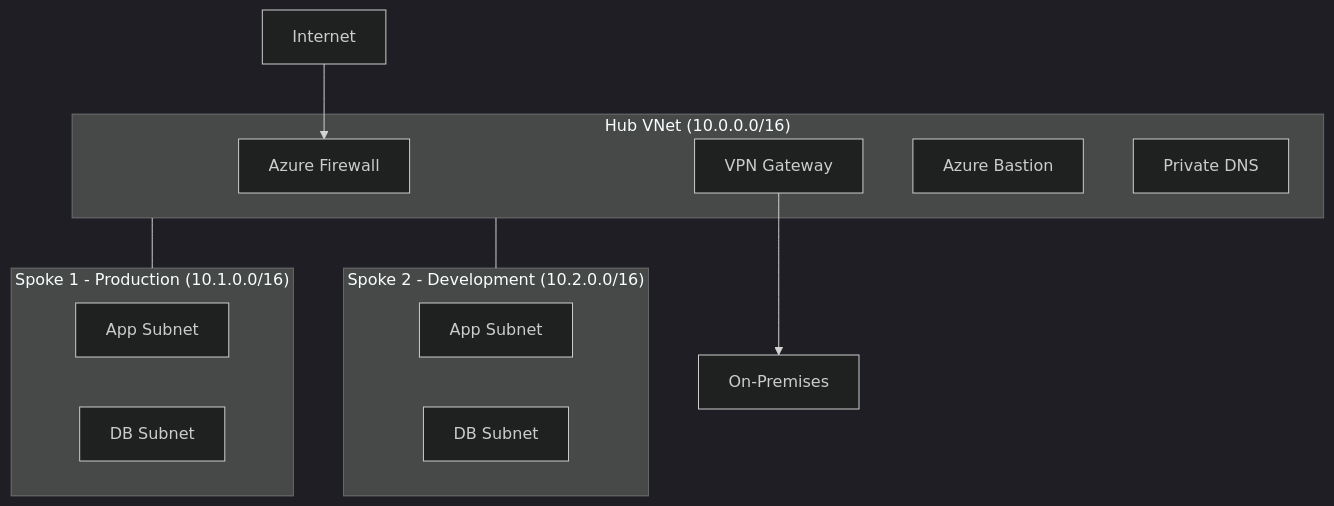
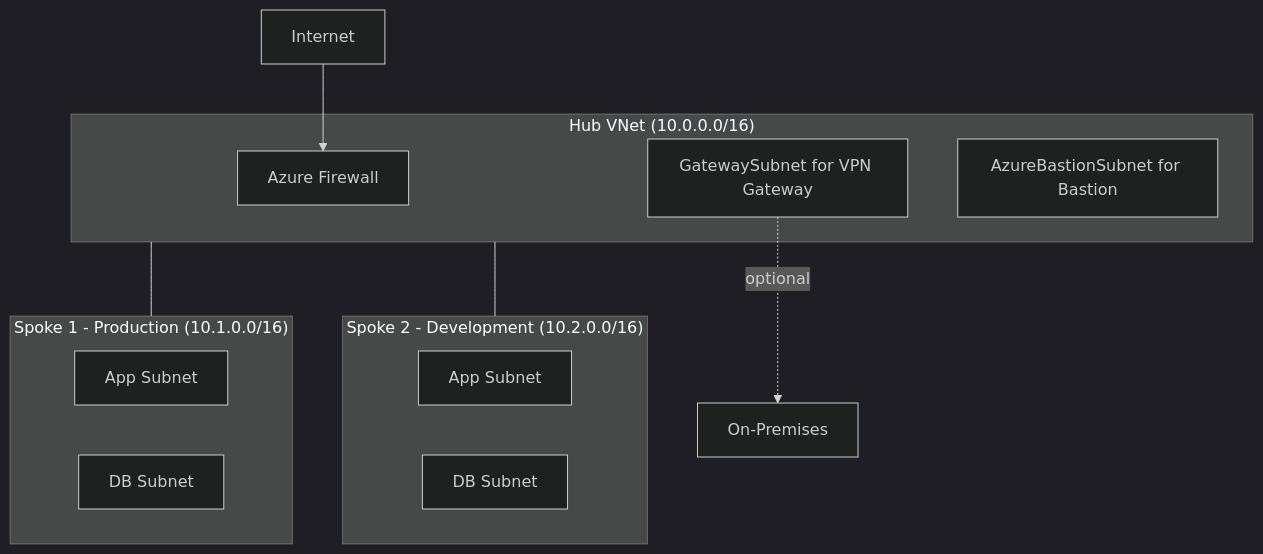
The diagram in posts/2026-02-16-how-to-build-a-hub-spoke-network-topology-in-azure-using-terraform-modules/README.md (OneUptime/blog), drawn with Mermaid (dark theme) before and after one commit. The commit also changed other lines of this file and 2 other files, not shown here.

Commit message:
validate: 2026-02-16-how-to-build-a-hub-spoke-network-topology-in-azure-using-terraform-modules

````diff
--- a/posts/2026-02-16-how-to-build-a-hub-spoke-network-topology-in-azure-using-terraform-modules/README.md
+++ b/posts/2026-02-16-how-to-build-a-hub-spoke-network-topology-in-azure-using-terraform-modules/README.md
@@ -19,21 +19,20 @@
 ```mermaid
 graph TB
     Internet[Internet] --> FW[Azure Firewall]
     subgraph Hub["Hub VNet (10.0.0.0/16)"]
         FW
-        GW[VPN Gateway]
-        Bastion[Azure Bastion]
-        DNS[Private DNS]
+        GW[GatewaySubnet for VPN Gateway]
+        Bastion[AzureBastionSubnet for Bastion]
     end
     subgraph Spoke1["Spoke 1 - Production (10.1.0.0/16)"]
         App1[App Subnet]
         DB1[DB Subnet]
     end
     subgraph Spoke2["Spoke 2 - Development (10.2.0.0/16)"]
         App2[App Subnet]
         DB2[DB Subnet]
     end
     Hub --- Spoke1
     Hub --- Spoke2
-    GW --> OnPrem[On-Premises]
+    GW -. optional .-> OnPrem[On-Premises]
 ```
````
